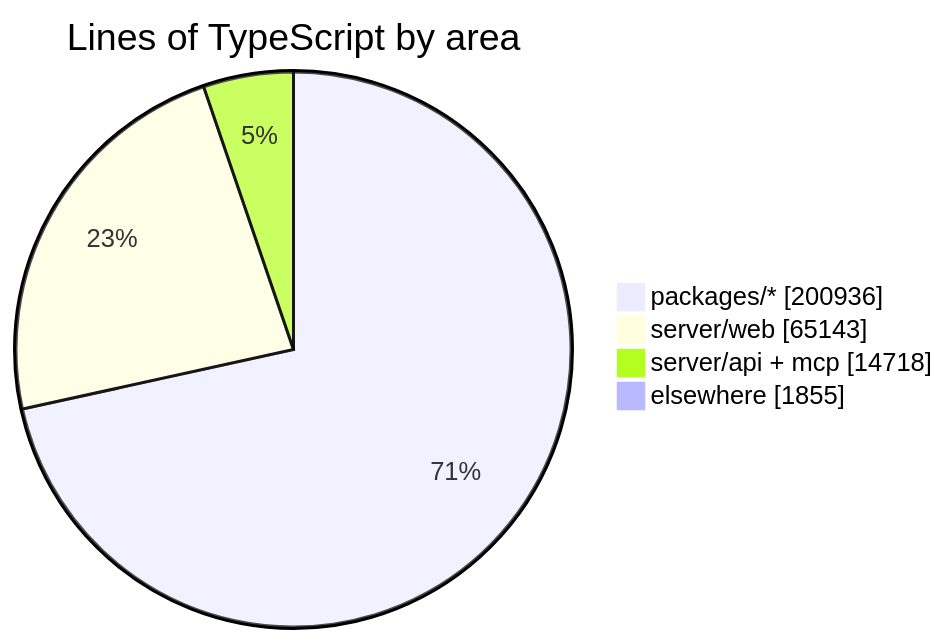
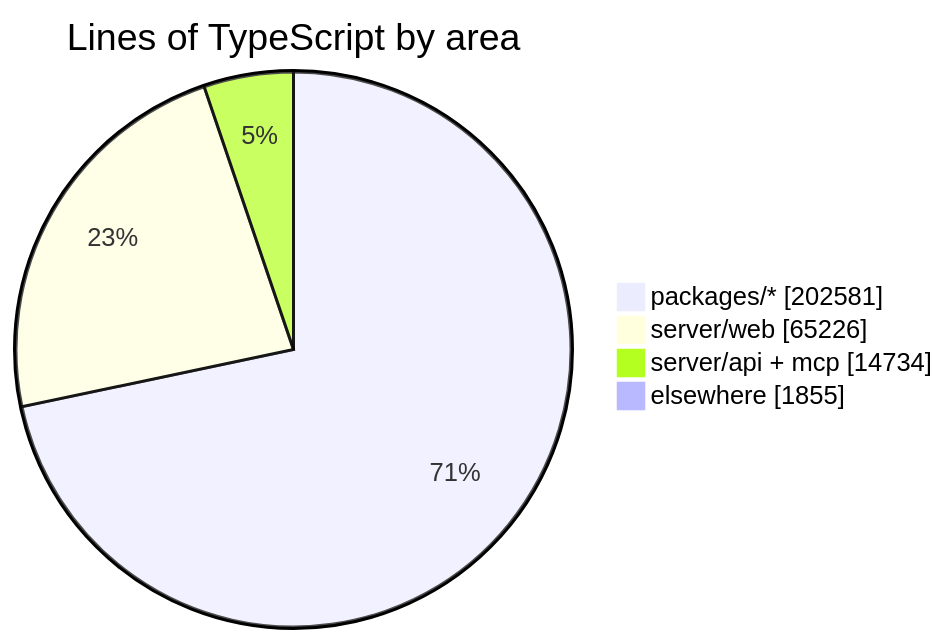
Before and after one commit to crossworks-engineering/mantle: the diagram in README.md, drawn with Mermaid. The commit also changed other lines of this file and 2 other files, not shown here.

````diff
--- a/README.md
+++ b/README.md
@@ -287,7 +287,7 @@
 ```mermaid
 pie showData title Lines of TypeScript by area
-    "packages/*" : 200936
-    "server/web" : 65143
-    "server/api + mcp" : 14718
+    "packages/*" : 202581
+    "server/web" : 65226
+    "server/api + mcp" : 14734
     "elsewhere" : 1855
 ```
````
